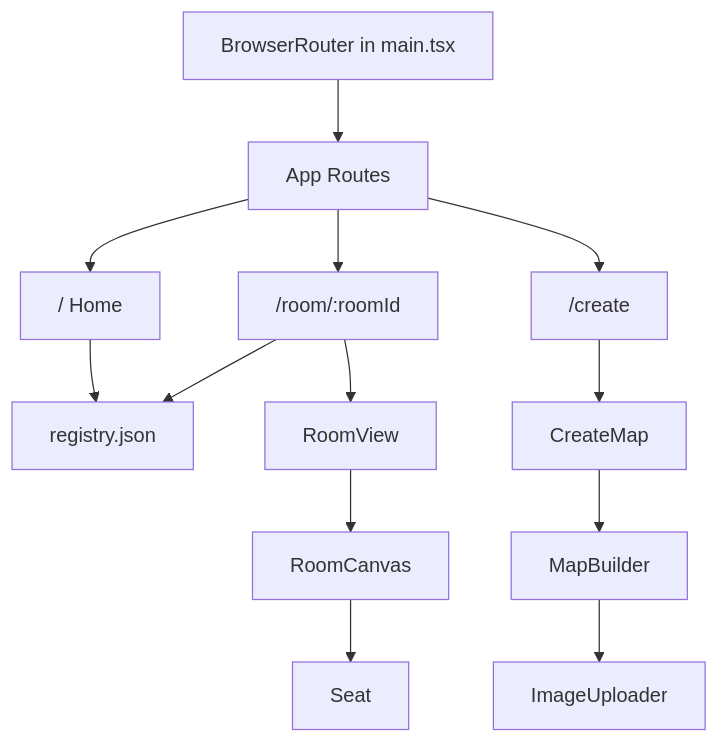
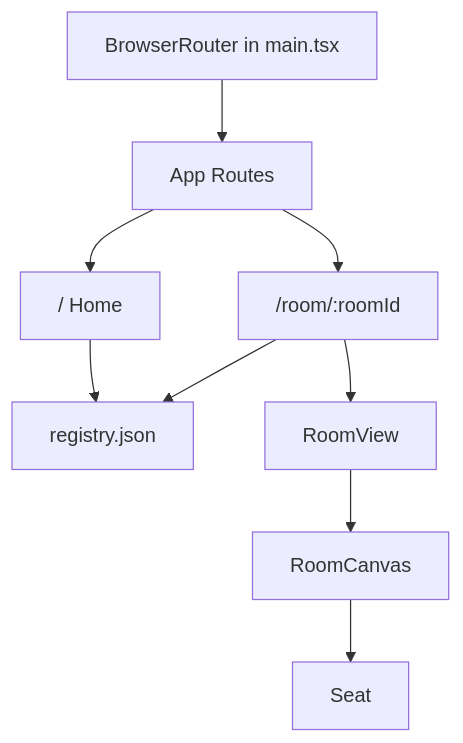
Before and after one commit to bryanseah234/smuseats: the first of 2 diagrams in README.md, drawn with Mermaid. The commit also changed other lines of this file and 191 other files, not shown here.

````diff
--- a/README.md
+++ b/README.md
@@ -37,17 +29,11 @@
 ```mermaid
 flowchart TD
   A[BrowserRouter in main.tsx] --> B[App Routes]
   B --> C["/ Home"]
   B --> D["/room/:roomId"]
-  B --> E["/create"]
-
   C --> F[registry.json]
   D --> F
   D --> G[RoomView]
   G --> H[RoomCanvas]
   H --> I[Seat]
-
-  E --> J[CreateMap]
-  J --> K[MapBuilder]
-  K --> L[ImageUploader]
 ```
````
